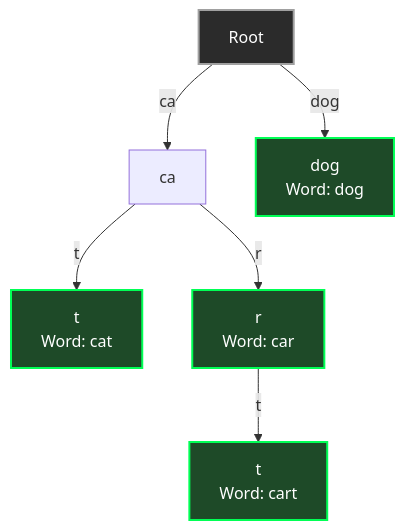
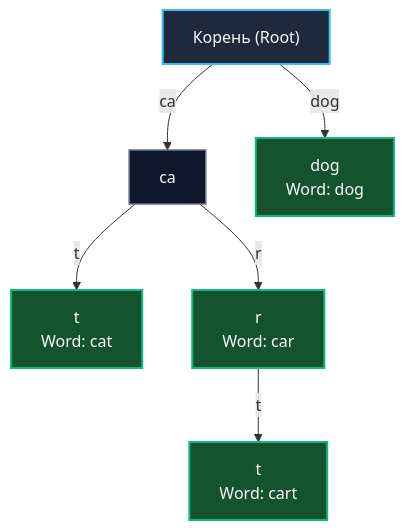
One commit to UnrealTemplier/go-textbook changed the second of 2 diagrams in sources/20. Алгоритмы и структуры данных (DSA) на Go/05. Сбалансированные деревья/5. Trie - префиксное дерево.md. Above: the diagram before and after it, drawn with Mermaid. The commit also changed other lines of this file, not shown here.

````diff
--- a/sources/20. Алгоритмы и структуры данных (DSA) на Go/05. Сбалансированные деревья/5. Trie - префиксное дерево.md
+++ b/sources/20. Алгоритмы и структуры данных (DSA) на Go/05. Сбалансированные деревья/5. Trie - префиксное дерево.md
@@ -158,19 +171,21 @@
 ```mermaid
 flowchart TD
-    Root["Root"] 
-    
+    Root["Корень (Root)"]
+
     Root -->|"ca"| NodeCA["ca"]
-    
-    NodeCA -->|"t"| NodeT["t<br>Word: cat"]
-    NodeCA -->|"r"| NodeR["r<br>Word: car"]
-    
-    NodeR -->|"t"| NodeRT["t<br>Word: cart"]
-    
-    Root -->|"dog"| NodeDOG["dog<br>Word: dog"]
-    
-    style Root fill:#2b2b2b,stroke:#a0a0a0,stroke-width:2px,color:#fff
-    style NodeT fill:#1e4a28,stroke:#00ff55,stroke-width:2px,color:#fff
-    style NodeR fill:#1e4a28,stroke:#00ff55,stroke-width:2px,color:#fff
-    style NodeRT fill:#1e4a28,stroke:#00ff55,stroke-width:2px,color:#fff
-    style NodeDOG fill:#1e4a28,stroke:#00ff55,stroke-width:2px,color:#fff
+
+    NodeCA -->|"t"| NodeT["t<br/>Word: cat"]
+    NodeCA -->|"r"| NodeR["r<br/>Word: car"]
+
+    NodeR -->|"t"| NodeRT["t<br/>Word: cart"]
+
+    Root -->|"dog"| NodeDOG["dog<br/>Word: dog"]
+
+    classDef rootNode fill:#1e293b,stroke:#38bdf8,stroke-width:2px,color:#f8fafc;
+    classDef innerNode fill:#0f172a,stroke:#64748b,stroke-width:1.5px,color:#f8fafc;
+    classDef wordNode fill:#14532d,stroke:#10b981,stroke-width:2px,color:#f8fafc;
+
+    class Root rootNode;
+    class NodeCA innerNode;
+    class NodeT,NodeR,NodeRT,NodeDOG wordNode;
 ```
````
